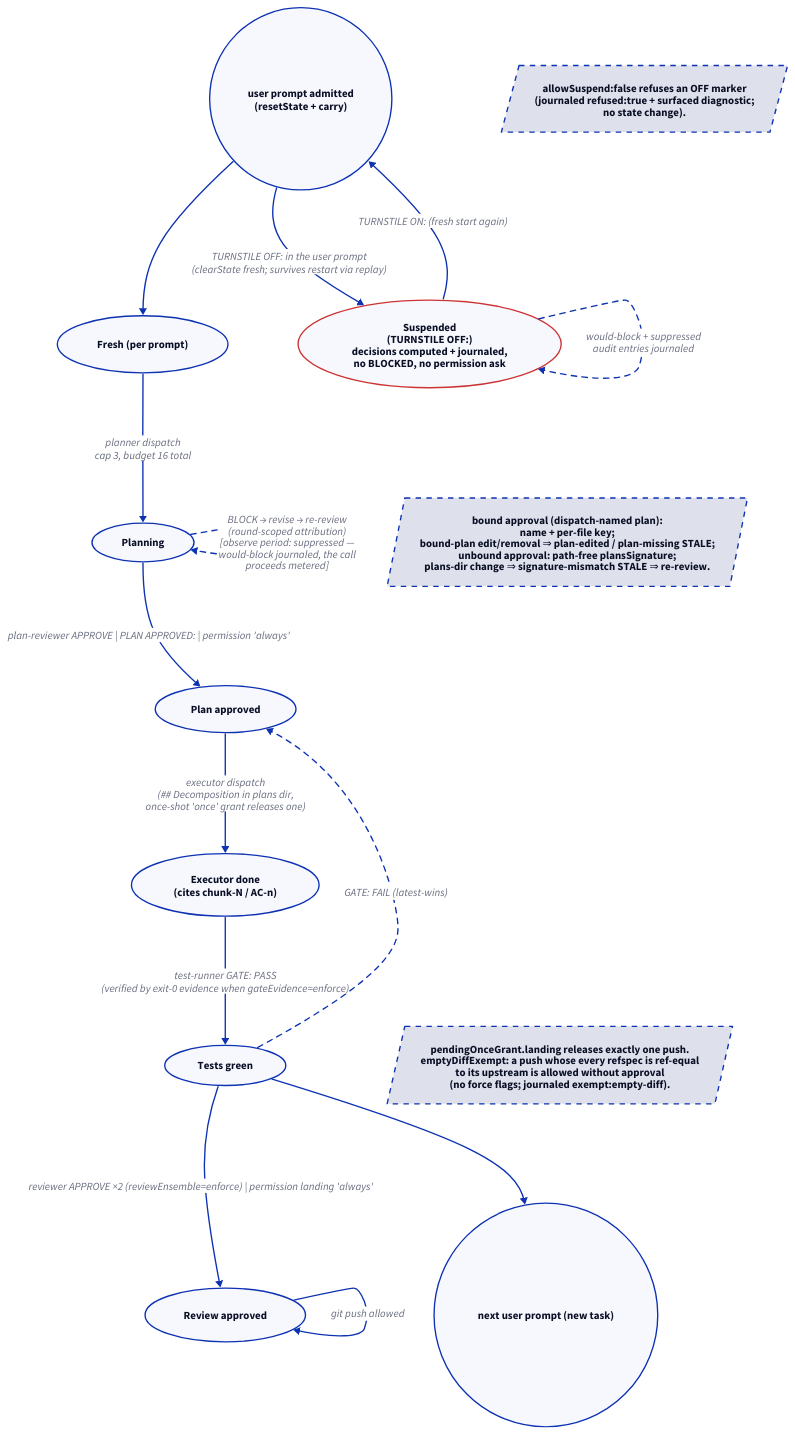
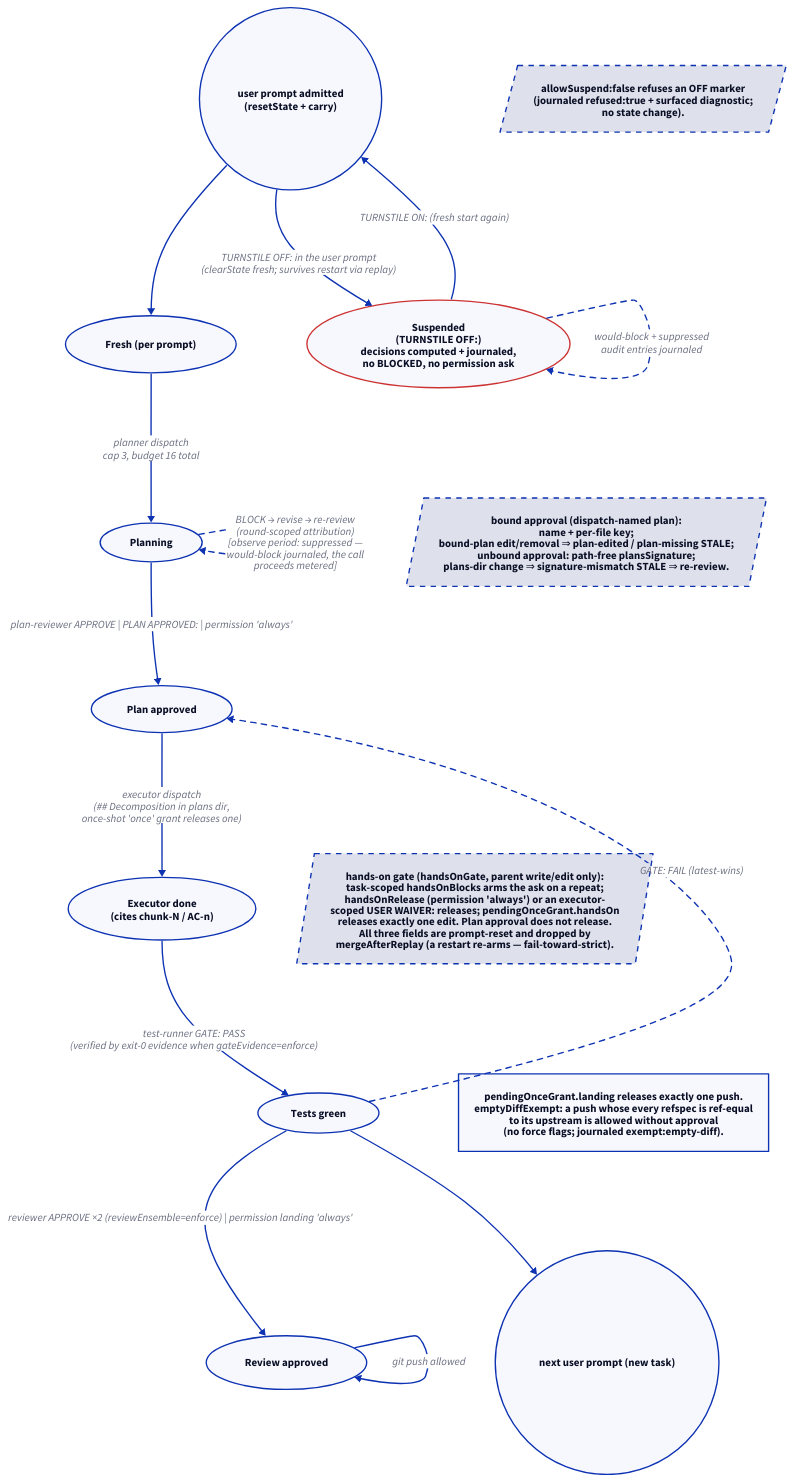
The diagram in docs/diagrams/d04-gate-state.d2 (edseabolt/turnstile), drawn with D2 before and after one commit. The commit also changed 24 other files, not shown here.

Commit message:
feat(gate): parent hands-on gate for write and edit

```diff
--- a/docs/diagrams/d04-gate-state.d2
+++ b/docs/diagrams/d04-gate-state.d2
@@ -1,74 +1,78 @@
 direction: down
 
 fresh: "Fresh (per prompt)" {
   shape: oval
 }
 planning: "Planning" {
   shape: oval
 }
 planok: "Plan approved" {
   shape: oval
 }
 executor: "Executor done\n(cites chunk-N / AC-n)" {
   shape: oval
 }
 green: "Tests green" {
   shape: oval
 }
 reviewed: "Review approved" {
   shape: oval
 }
 end: "next user prompt (new task)" {
   shape: circle
 }
 
 start: "user prompt admitted\n(resetState + carry)" {
   shape: circle
 }
 
 start -> fresh
 fresh -> planning: "planner dispatch\ncap 3, budget 16 total"
 planning -> planok: "plan-reviewer APPROVE | PLAN APPROVED: | permission 'always'"
 planning -> planning: "BLOCK → revise → re-review\n(round-scoped attribution)\n[observe period: suppressed —\nwould-block journaled, the call\nproceeds metered]" {
   style.stroke-dash: 4
 }
 planok -> executor: "executor dispatch\n(## Decomposition in plans dir,\nonce-shot 'once' grant releases one)"
 executor -> green: "test-runner GATE: PASS\n(verified by exit-0 evidence when gateEvidence=enforce)"
 green -> planok: "GATE: FAIL (latest-wins)" {
   style.stroke-dash: 4
 }
 green -> reviewed: "reviewer APPROVE ×2 (reviewEnsemble=enforce) | permission landing 'always'"
 reviewed -> reviewed: "git push allowed"
 green -> end
 
 suspend: "Suspended\n(TURNSTILE OFF:)\ndecisions computed + journaled,\nno BLOCKED, no permission ask" {
   shape: oval
   style.stroke: "#c33"
 }
 suspend -> suspend: "would-block + suppressed\naudit entries journaled" {
   style.stroke-dash: 4
 }
 start -> suspend: "TURNSTILE OFF: in the user prompt\n(clearState fresh; survives restart via replay)"
 suspend -> start: "TURNSTILE ON: (fresh start again)"
 refused-note: "allowSuspend:false refuses an OFF marker\n(journaled refused:true + surfaced diagnostic;\nno state change)." {
   style.stroke-dash: 4
   shape: parallelogram
 }
 refused-note -> suspend: "" {
   style.opacity: 0
 }
 
 planok-note: "bound approval (dispatch-named plan):\nname + per-file key;\nbound-plan edit/removal ⇒ plan-edited / plan-missing STALE;\nunbound approval: path-free plansSignature;\nplans-dir change ⇒ signature-mismatch STALE ⇒ re-review." {
   style.stroke-dash: 4
   shape: parallelogram
 }
-reviewed-note: "pendingOnceGrant.landing releases exactly one push.\nemptyDiffExempt: a push whose every refspec is ref-equal\nto its upstream is allowed without approval\n(no force flags; journaled exempt:empty-diff)." {
+reviewed-note: "pendingOnceGrant.landing releases exactly one push.\nemptyDiffExempt: a push whose every refspec is ref-equal\nto its upstream is allowed without approval\n(no force flags; journaled exempt:empty-diff)."
+handson-note: "hands-on gate (handsOnGate, parent write/edit only):\ntask-scoped handsOnBlocks arms the ask on a repeat;\nhandsOnRelease (permission 'always') or an executor-\nscoped USER WAIVER: releases; pendingOnceGrant.handsOn\nreleases exactly one edit. Plan approval does not release.\nAll three fields are prompt-reset and dropped by\nmergeAfterReplay (a restart re-arms — fail-toward-strict)." {
   style.stroke-dash: 4
   shape: parallelogram
 }
 planok-note -> planok: "" {
   style.opacity: 0
 }
 reviewed-note -> reviewed: "" {
   style.opacity: 0
 }
+handson-note -> green: "" {
+  style.opacity: 0
+}
```
